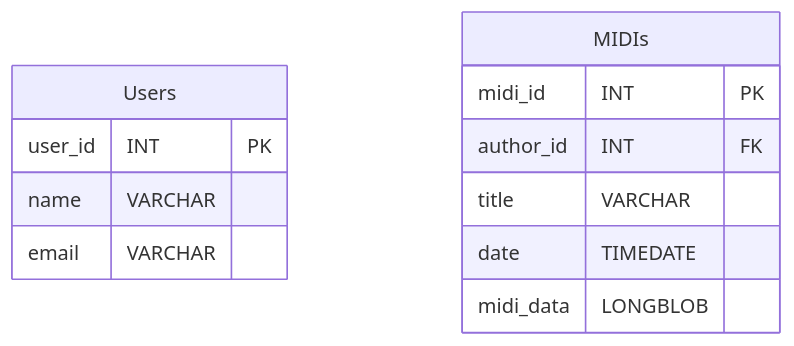
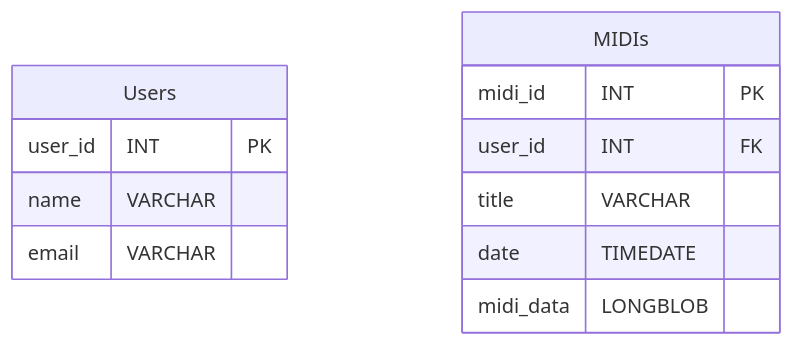
The second of 6 diagrams in README.md (bengoh815/cs506-project), drawn with Mermaid before and after one commit. The commit also changed other lines of this file and 2 other files, not shown here.

Commit message:
Updated author_id to user_id

````diff
--- a/README.md
+++ b/README.md
@@ -110,17 +110,17 @@
 ```mermaid
 erDiagram
     Users {
         user_id INT PK
         name VARCHAR
         email VARCHAR
     }
 
     MIDIs {
         midi_id INT PK
-        author_id INT FK
+        user_id INT FK
         title VARCHAR
         date TIMEDATE
         midi_data LONGBLOB
     }
 
 ```
````
